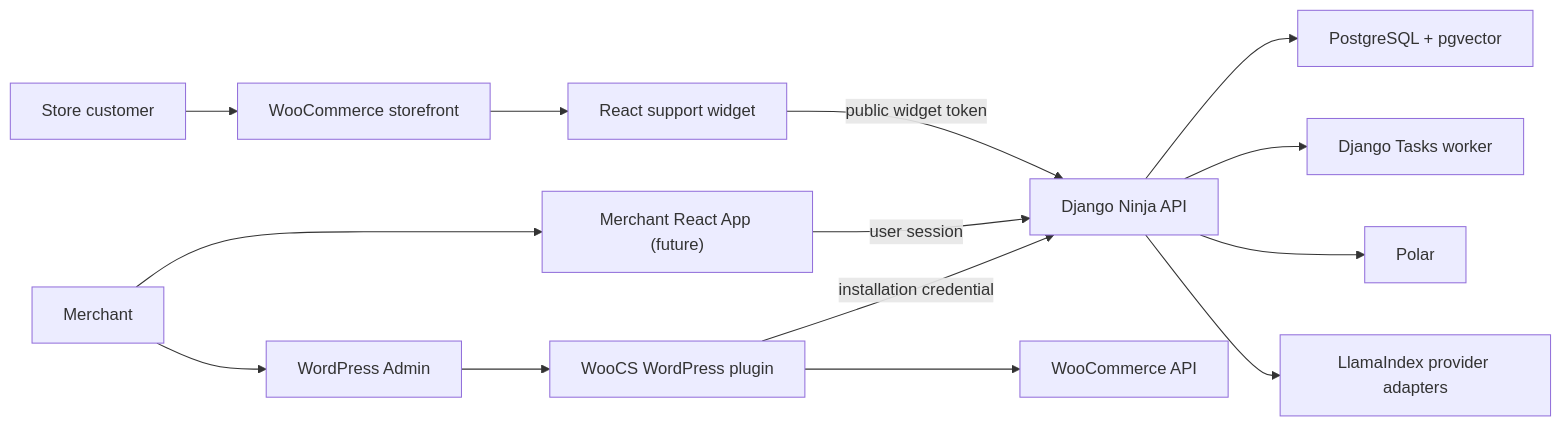
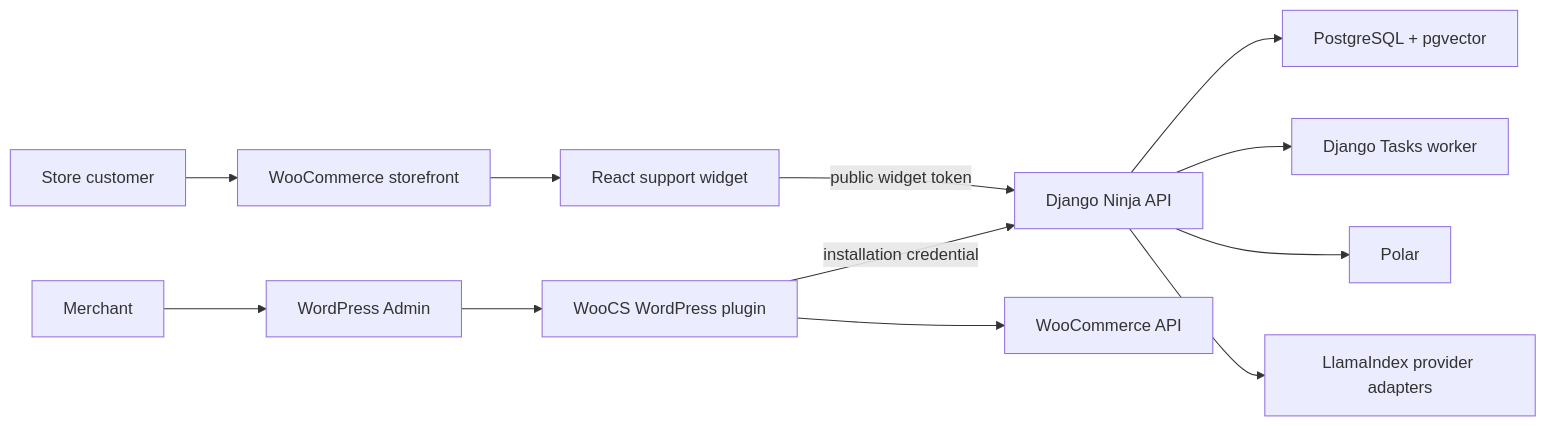
Before and after one commit to aji-pratama/woocs: the first of 8 diagrams in _docs/architecture.md, drawn with Mermaid. The commit also changed other lines of this file and 37 other files, not shown here.

````diff
--- a/_docs/architecture.md
+++ b/_docs/architecture.md
@@ -38,19 +38,17 @@
 ```mermaid
 flowchart LR
     Merchant["Merchant"] --> WPAdmin["WordPress Admin"]
-    Merchant --> WebApp["Merchant React App (future)"]
     Customer["Store customer"] --> Storefront["WooCommerce storefront"]
 
     WPAdmin --> Plugin["WooCS WordPress plugin"]
     Storefront --> Widget["React support widget"]
 
     Plugin -->|"installation credential"| API["Django Ninja API"]
-    WebApp -->|"user session"| API
     Widget -->|"public widget token"| API
 
     API --> DB["PostgreSQL + pgvector"]
     API --> Tasks["Django Tasks worker"]
     API --> Billing["Polar"]
     Plugin --> WC["WooCommerce API"]
     API --> AI["LlamaIndex provider adapters"]
 ```
````
